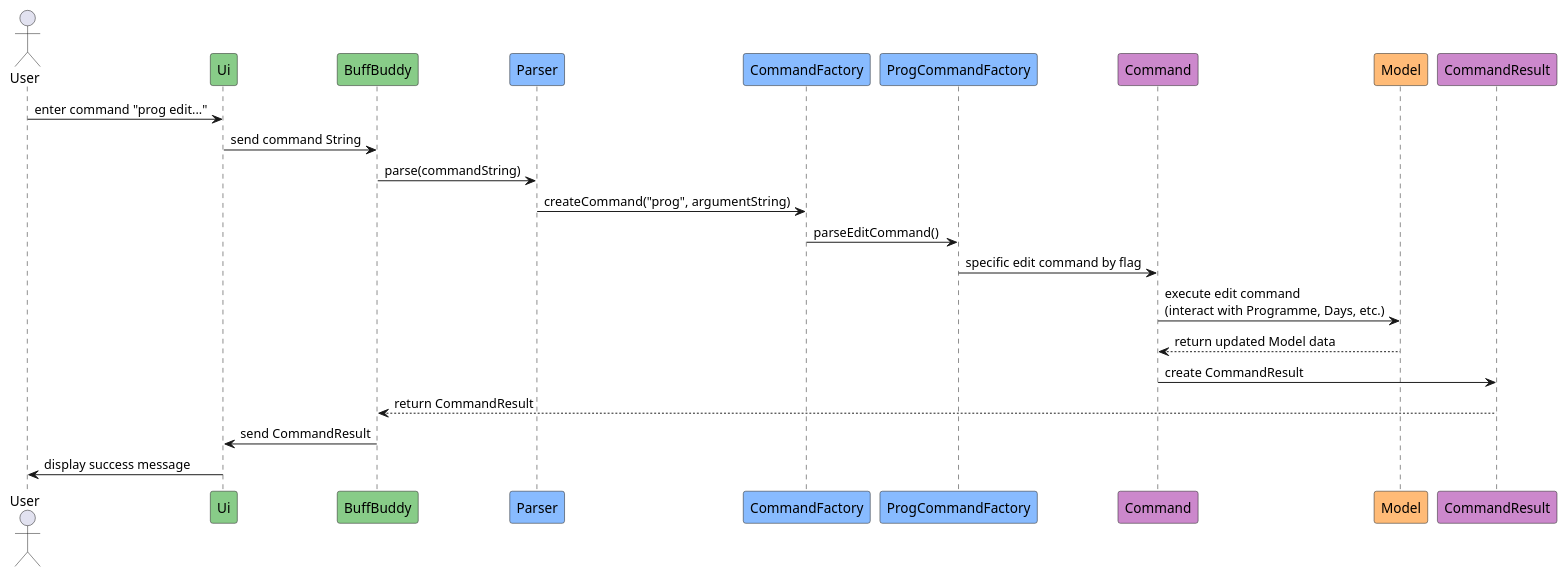
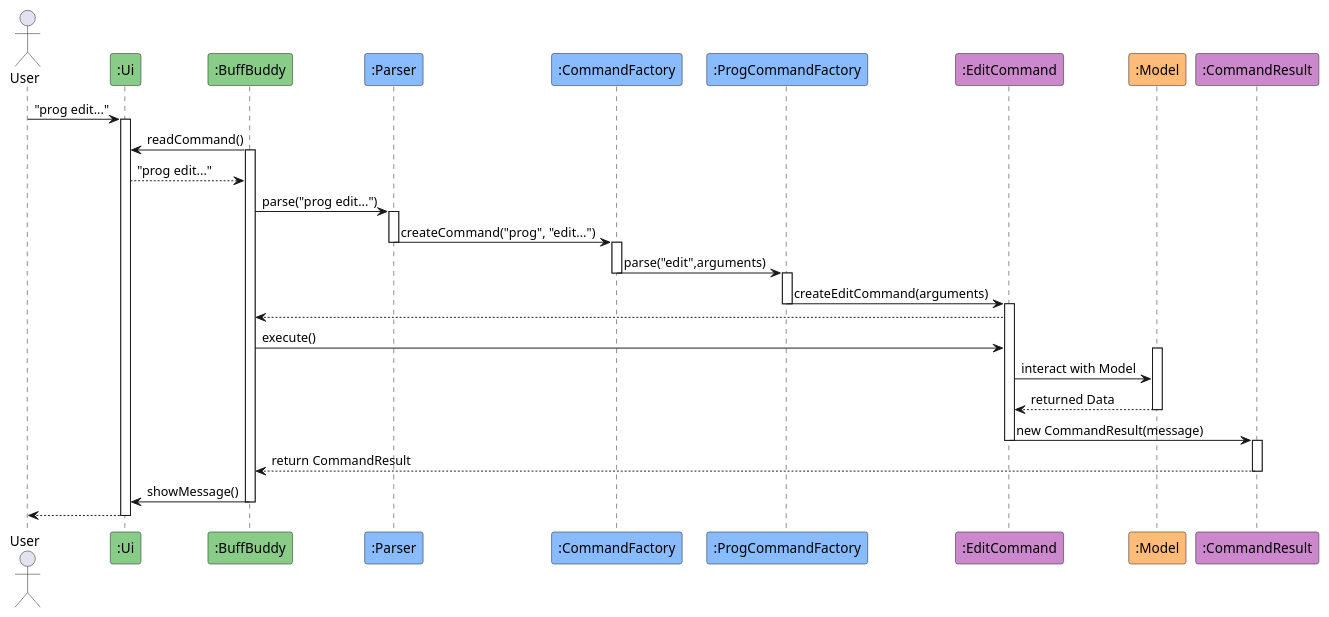
The diagram in docs/diagrams/editCommand.puml (nus-cs2113-AY2425S1/tp), drawn with PlantUML before and after one commit. The commit also changed 30 other files, not shown here.

Commit message:
Fix sequence diagram bugs

```diff
--- a/docs/diagrams/editCommand.puml
+++ b/docs/diagrams/editCommand.puml
@@ -1,26 +1,60 @@
 @startuml
 actor User
-participant "Ui" as Ui #88cc88
-participant "BuffBuddy" as BuffBuddy #88cc88
-participant "Parser" as Parser #88bbff
-participant "CommandFactory" as CommandFactory #88bbff
-participant "ProgCommandFactory" as ProgCommandFactory #88bbff
-participant "Command" as Command #cc88cc
-participant "Model" as Model #ffbb77
-participant "CommandResult" as CommandResult #cc88cc
+participant ":Ui" as Ui #88cc88
+participant ":BuffBuddy" as BuffBuddy #88cc88
+participant ":Parser" as Parser #88bbff
+participant ":CommandFactory" as CommandFactory #88bbff
+participant ":ProgCommandFactory" as ProgCommandFactory #88bbff
+participant ":EditCommand" as Command #cc88cc
+participant ":Model" as Model #ffbb77
+participant ":CommandResult" as CommandResult #cc88cc
 
-User -> Ui : enter command "prog edit..."
-Ui -> BuffBuddy : send command String
-BuffBuddy -> Parser : parse(commandString)
 
-Parser -> CommandFactory : createCommand("prog", argumentString)
-CommandFactory -> ProgCommandFactory : parseEditCommand()
-ProgCommandFactory -> Command : specific edit command by flag
 
-Command -> Model : execute edit command\n(interact with Programme, Days, etc.)
-Model --> Command : return updated Model data
-Command -> CommandResult : create CommandResult
-CommandResult --> BuffBuddy : return CommandResult
-BuffBuddy -> Ui : send CommandResult
-Ui -> User : display success message
+
+
+User -> Ui : "prog edit..."
+activate Ui
+BuffBuddy -> Ui: readCommand()
+activate BuffBuddy
+Ui --> BuffBuddy : "prog edit..."
+
+BuffBuddy -> Parser : parse("prog edit...")
+activate Parser
+
+Parser -> CommandFactory : createCommand("prog", "edit...")
+deactivate Parser
+activate CommandFactory
+
+CommandFactory -> ProgCommandFactory : parse("edit",arguments)
+deactivate CommandFactory
+activate ProgCommandFactory
+
+
+ProgCommandFactory -> Command : createEditCommand(arguments)
+deactivate ProgCommandFactory
+
+activate Command
+BuffBuddy <-- Command
+
+BuffBuddy -> Command : execute()
+activate Model
+
+Command -> Model : interact with Model
+Command <-- Model: returned Data
+deactivate Model
+
+
+Command -> CommandResult: new CommandResult(message)
+
+deactivate Command
+activate CommandResult
+BuffBuddy <-- CommandResult : return CommandResult
+deactivate CommandResult
+BuffBuddy -> Ui : showMessage()
+deactivate BuffBuddy
+
+User <-- Ui
+deactivate Ui
+
 @enduml
```
